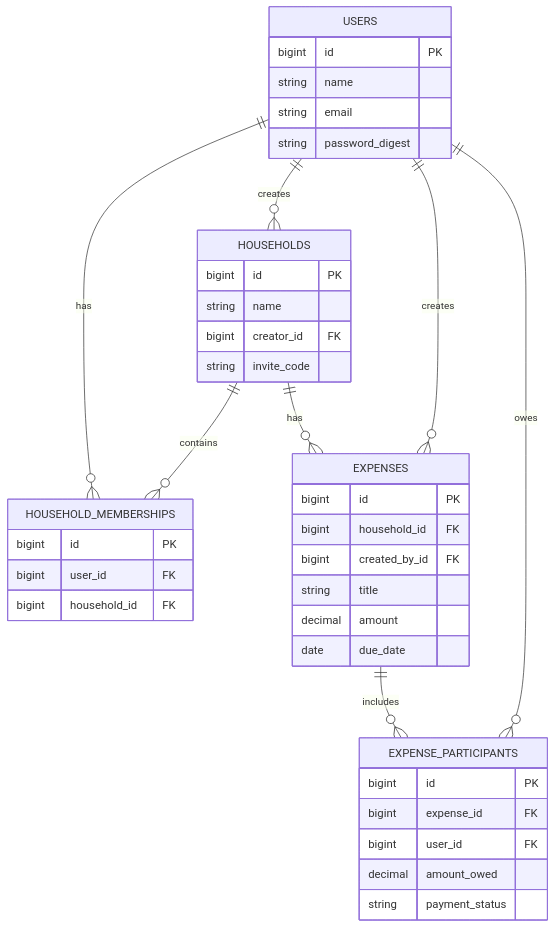
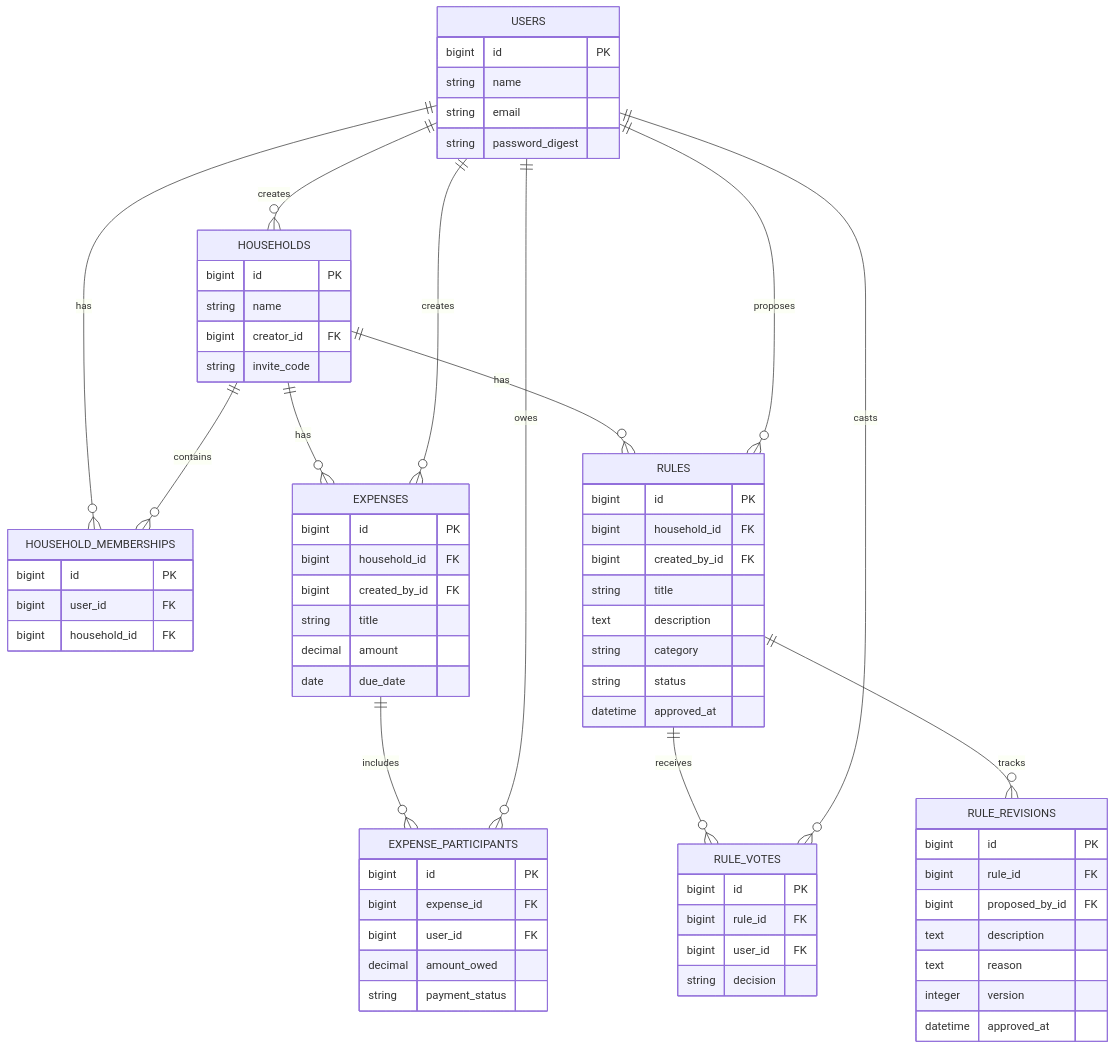
The second of 2 diagrams in README.md (tamu-edu-students/team-water-final-project-Fall-2026-CSCE-606), drawn with Mermaid before and after one commit. The commit also changed other lines of this file and 23 other files, not shown here.

Commit message:
US09: Feature Implementation Household Rules & Agreements

````diff
--- a/README.md
+++ b/README.md
@@ -115,47 +115,80 @@
 ```mermaid
 erDiagram
     USERS ||--o{ HOUSEHOLDS : creates
     USERS ||--o{ HOUSEHOLD_MEMBERSHIPS : has
     HOUSEHOLDS ||--o{ HOUSEHOLD_MEMBERSHIPS : contains
     HOUSEHOLDS ||--o{ EXPENSES : has
     USERS ||--o{ EXPENSES : creates
     EXPENSES ||--o{ EXPENSE_PARTICIPANTS : includes
     USERS ||--o{ EXPENSE_PARTICIPANTS : owes
+    HOUSEHOLDS ||--o{ RULES : has
+    USERS ||--o{ RULES : proposes
+    RULES ||--o{ RULE_VOTES : receives
+    USERS ||--o{ RULE_VOTES : casts
+    RULES ||--o{ RULE_REVISIONS : tracks
 
     USERS {
         bigint id PK
         string name
         string email
         string password_digest
     }
 
     HOUSEHOLDS {
         bigint id PK
         string name
         bigint creator_id FK
         string invite_code
     }
 
     HOUSEHOLD_MEMBERSHIPS {
         bigint id PK
         bigint user_id FK
         bigint household_id FK
     }
 
     EXPENSES {
         bigint id PK
         bigint household_id FK
         bigint created_by_id FK
         string title
         decimal amount
         date due_date
     }
 
     EXPENSE_PARTICIPANTS {
         bigint id PK
         bigint expense_id FK
         bigint user_id FK
         decimal amount_owed
         string payment_status
     }
+
+    RULES {
+        bigint id PK
+        bigint household_id FK
+        bigint created_by_id FK
+        string title
+        text description
+        string category
+        string status
+        datetime approved_at
+    }
+
+    RULE_VOTES {
+        bigint id PK
+        bigint rule_id FK
+        bigint user_id FK
+        string decision
+    }
+
+    RULE_REVISIONS {
+        bigint id PK
+        bigint rule_id FK
+        bigint proposed_by_id FK
+        text description
+        text reason
+        integer version
+        datetime approved_at
+    }
 ```
````
